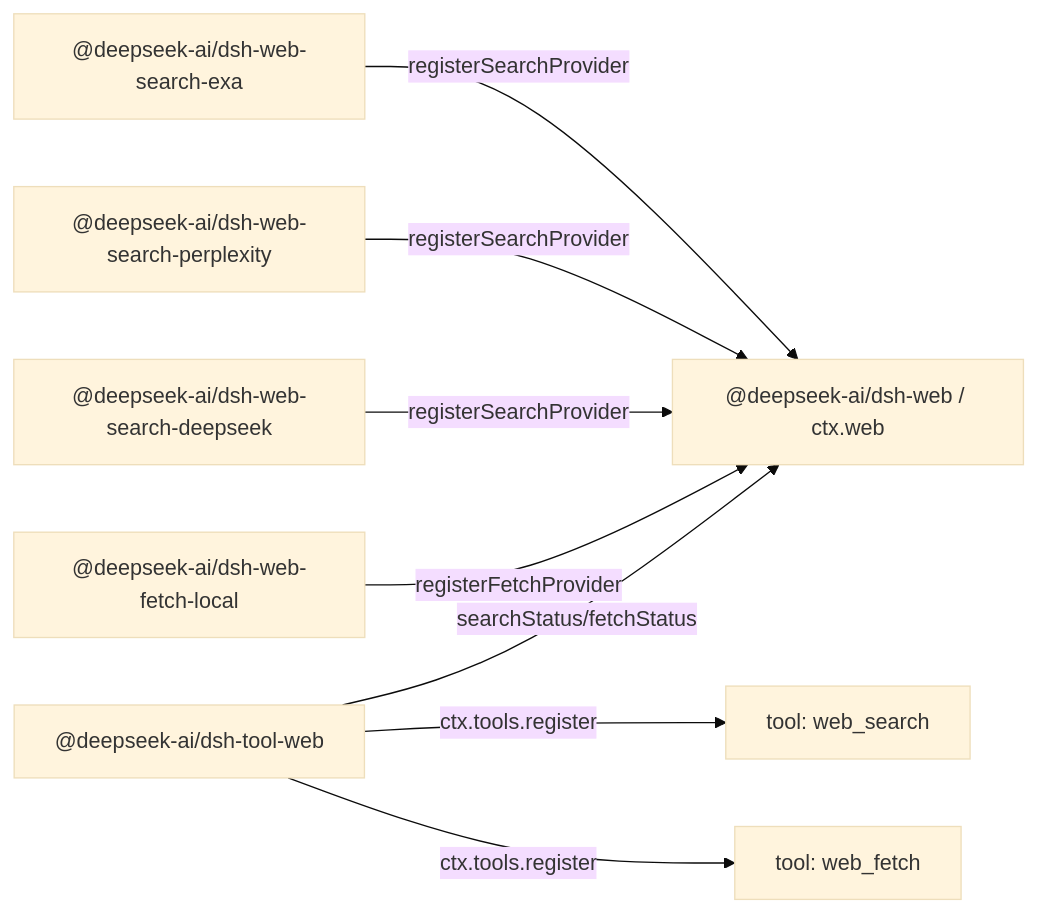
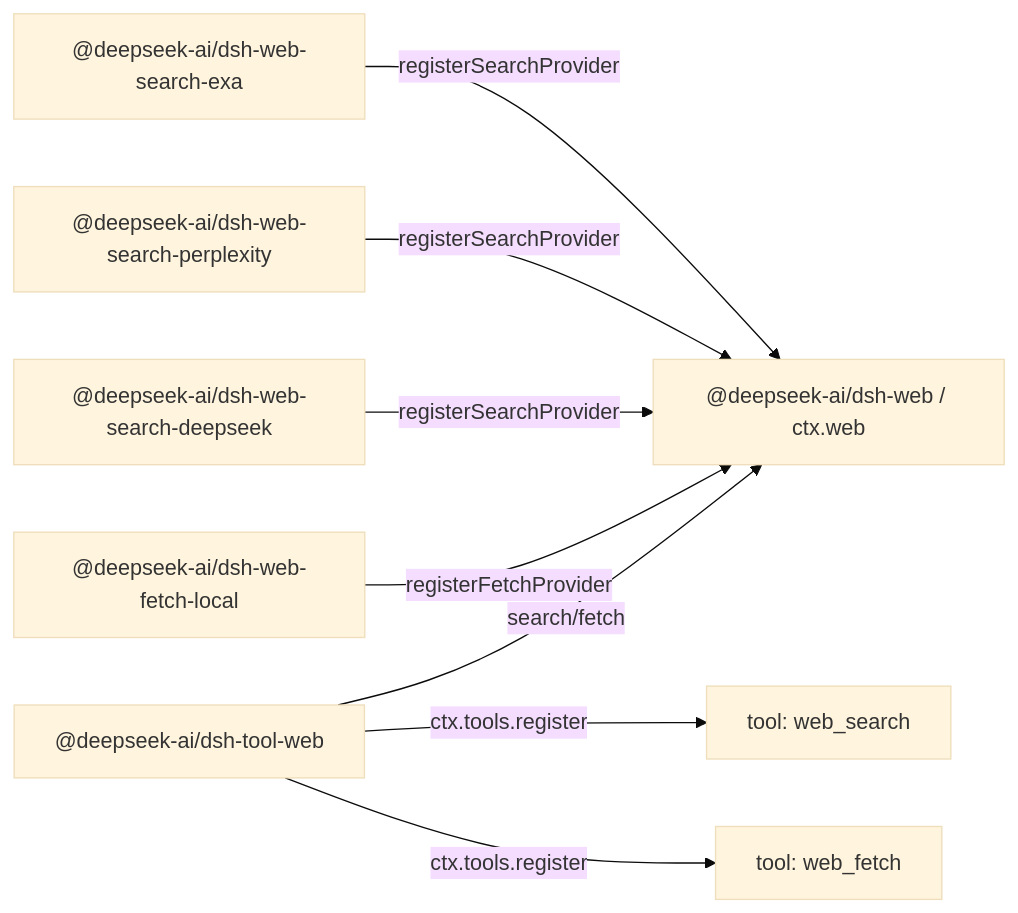
Before and after one commit to eru123/coco-harness: the diagram in docs/rfc/implemented/architecture/2026-06-24-web-capability-seam.md, drawn with Mermaid (base theme). The commit also changed other lines of this file and 15 other files, not shown here.

First line of the commit message:
Merge pull request #150 from deepseek-harness/simpl-c-web-observation

````diff
--- a/docs/rfc/implemented/architecture/2026-06-24-web-capability-seam.md
+++ b/docs/rfc/implemented/architecture/2026-06-24-web-capability-seam.md
@@ -57,10 +57,10 @@
 ```mermaid
 flowchart LR
   exa["@deepseek-ai/dsh-web-search-exa"] -->|registerSearchProvider| web["@deepseek-ai/dsh-web / ctx.web"]
   perplexity["@deepseek-ai/dsh-web-search-perplexity"] -->|registerSearchProvider| web
   deepseek["@deepseek-ai/dsh-web-search-deepseek"] -->|registerSearchProvider| web
   fetchLocal["@deepseek-ai/dsh-web-fetch-local"] -->|registerFetchProvider| web
-  toolWeb["@deepseek-ai/dsh-tool-web"] -->|searchStatus/fetchStatus| web
+  toolWeb["@deepseek-ai/dsh-tool-web"] -->|search/fetch| web
   toolWeb -->|ctx.tools.register| webSearch["tool: web_search"]
   toolWeb -->|ctx.tools.register| webFetch["tool: web_fetch"]
 ```
````
